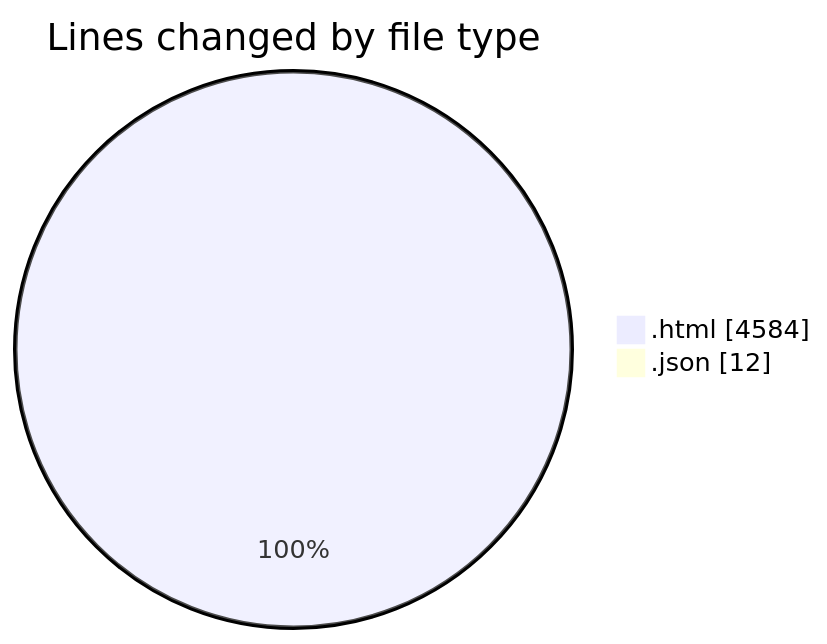
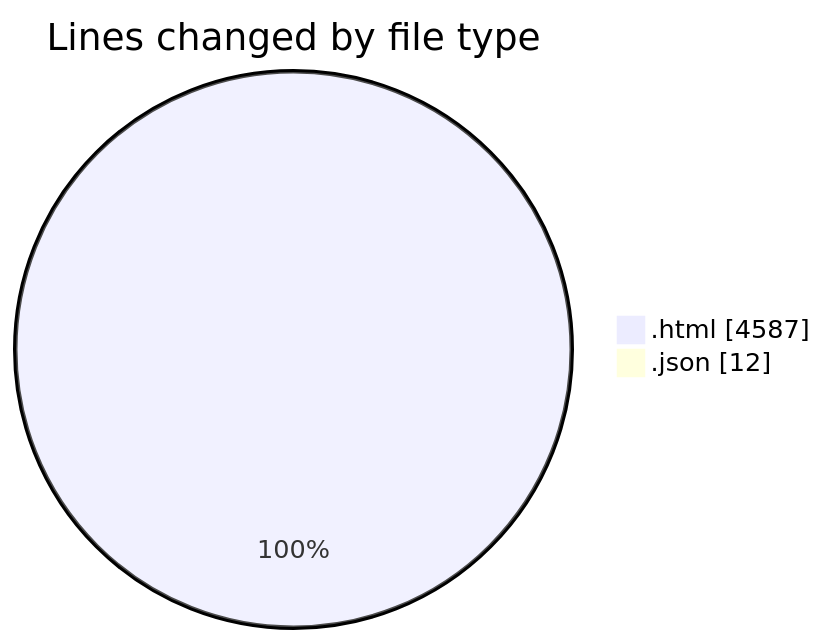
Before and after one commit to momahboobian/code-tracking: the first of 2 diagrams in 2026-05-21/pdf_invoice/README.md, drawn with Mermaid. The commit also changed other lines of this file and 1 other file, not shown here.

````diff
--- a/2026-05-21/pdf_invoice/README.md
+++ b/2026-05-21/pdf_invoice/README.md
@@ -26,6 +26,6 @@
 ```mermaid
 pie showData
 title Lines changed by file type
-".html" : 4584
+".html" : 4587
 ".json" : 12
 ```
````
